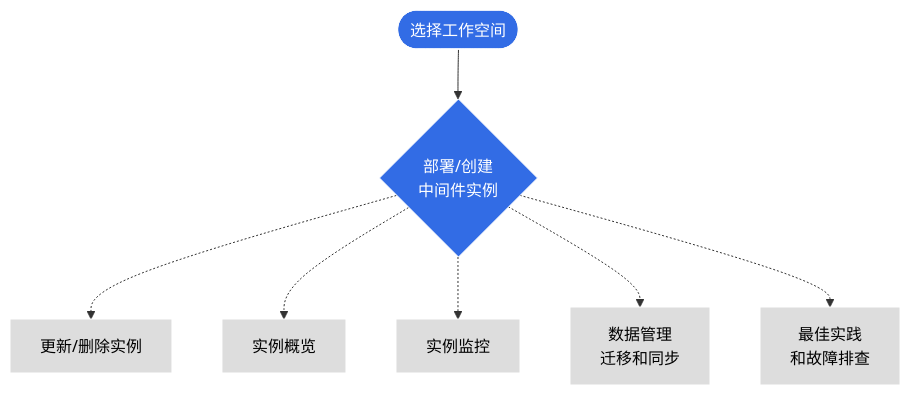
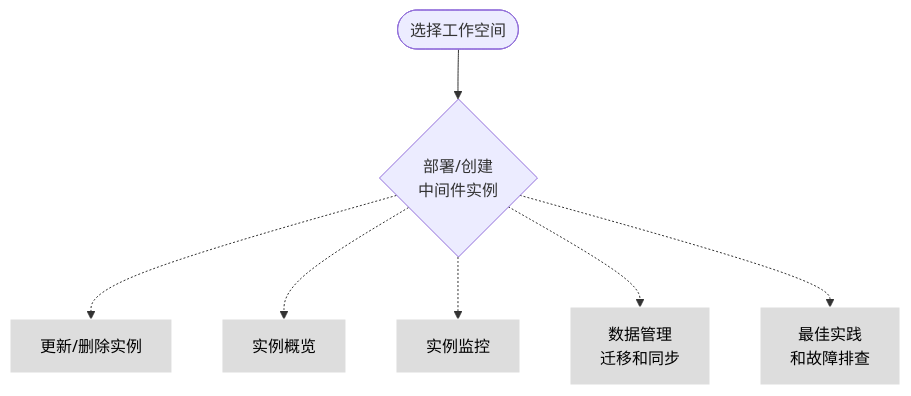
One commit to DaoCloud/DaoCloud-docs changed the diagram in docs/zh/docs/middleware/index.md. Above: the diagram before and after it, drawn with Mermaid. The commit also changed 24 other files, not shown here.

````diff
--- a/docs/zh/docs/middleware/index.md
+++ b/docs/zh/docs/middleware/index.md
@@ -141,17 +141,16 @@
 ```mermaid
 graph TD
 
     ws([选择工作空间]) --> create{部署/创建<br/>中间件实例}
     create -.-> update[更新/删除实例]
     create -.-> overview[实例概览]
     create -.-> monitor[实例监控]
     create -.-> migrate[数据管理<br/>迁移和同步]
     create -.-> practice[最佳实践<br/>和故障排查]
 
 classDef plain fill:#ddd,stroke:#fff,stroke-width:1px,color:#000;
 classDef k8s fill:#326ce5,stroke:#fff,stroke-width:1px,color:#fff;
 classDef cluster fill:#fff,stroke:#bbb,stroke-width:1px,color:#326ce5;
 
 class update,overview,monitor,migrate,practice plain
-class ws,create k8s
 ```
````
